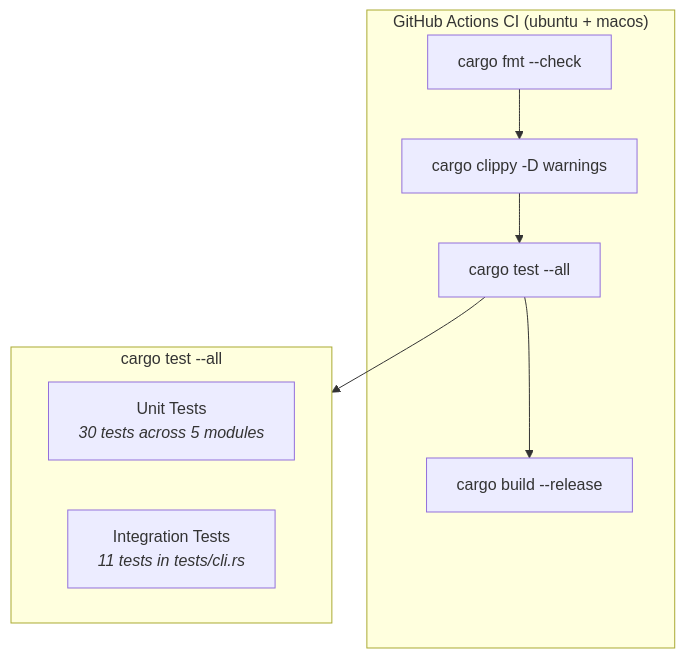
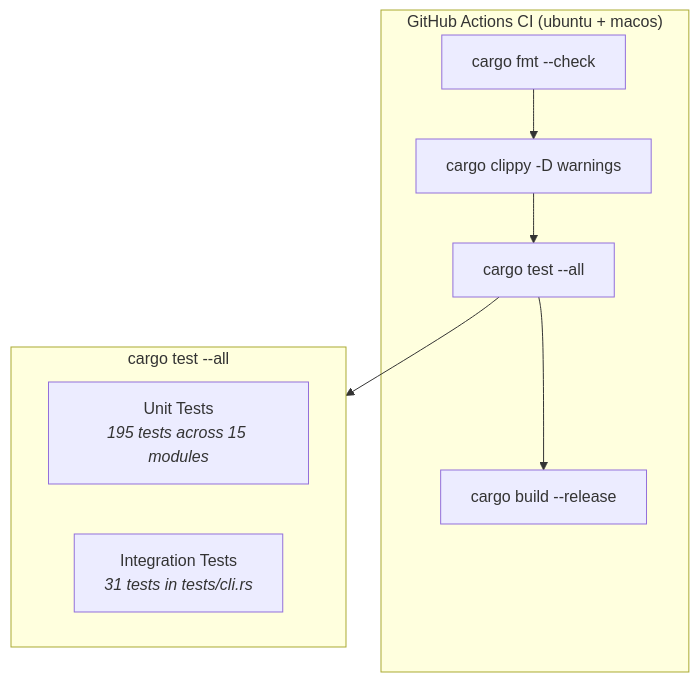
Before and after one commit to MartinP7r/tome: the first of 5 diagrams in docs/src/test-setup.md, drawn with Mermaid. The commit also changed other lines of this file and 6 other files, not shown here.

````diff
--- a/docs/src/test-setup.md
+++ b/docs/src/test-setup.md
@@ -7,17 +7,17 @@
 ```mermaid
 graph TB
     subgraph CI["GitHub Actions CI (ubuntu + macos)"]
         FMT["cargo fmt --check"]
         CLIP["cargo clippy -D warnings"]
         TEST["cargo test --all"]
         BUILD["cargo build --release"]
         FMT --> CLIP --> TEST --> BUILD
     end
 
     subgraph TEST_SUITE["cargo test --all"]
-        UNIT["Unit Tests<br/><i>30 tests across 5 modules</i>"]
-        INTEG["Integration Tests<br/><i>11 tests in tests/cli.rs</i>"]
+        UNIT["Unit Tests<br/><i>195 tests across 15 modules</i>"]
+        INTEG["Integration Tests<br/><i>31 tests in tests/cli.rs</i>"]
     end
 
     TEST --> TEST_SUITE
 ```
````
